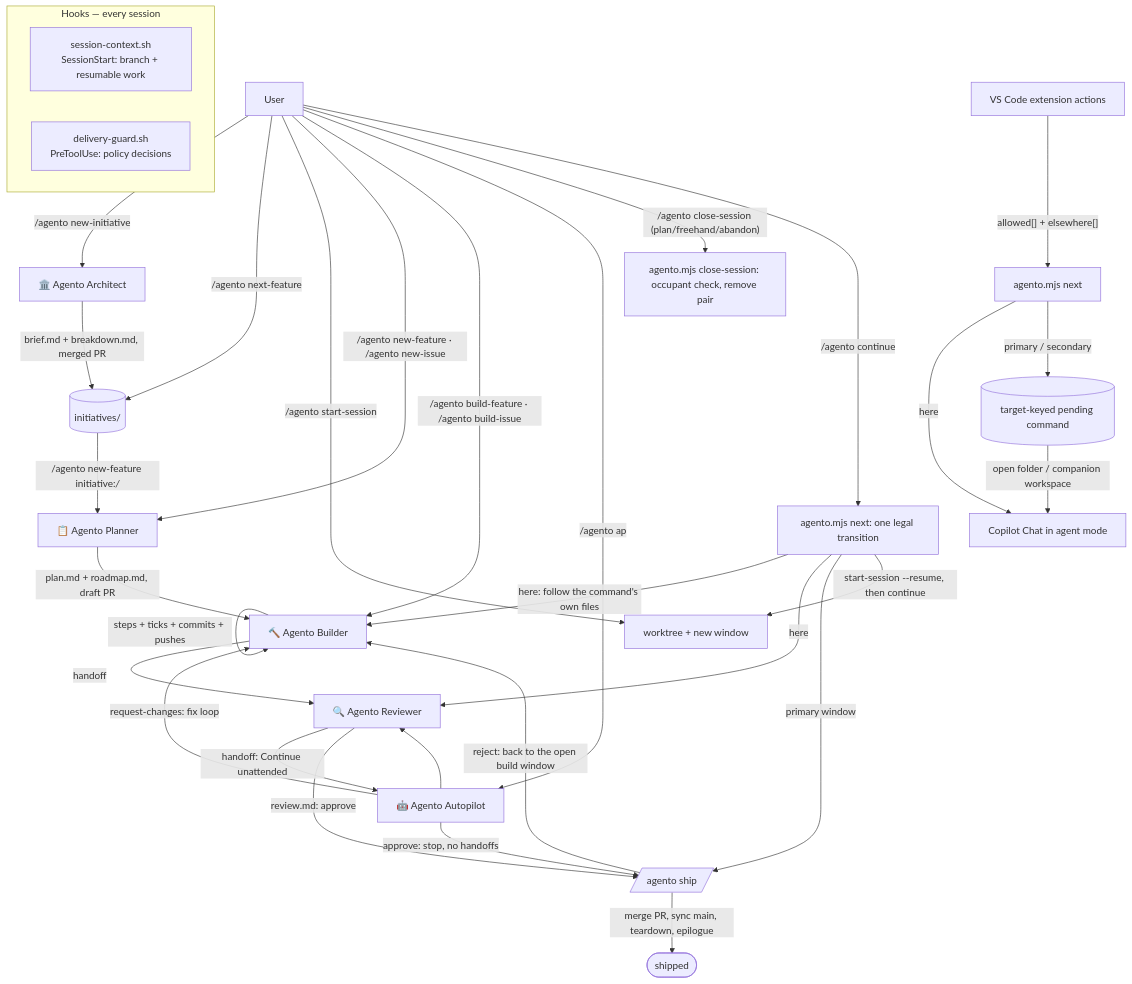
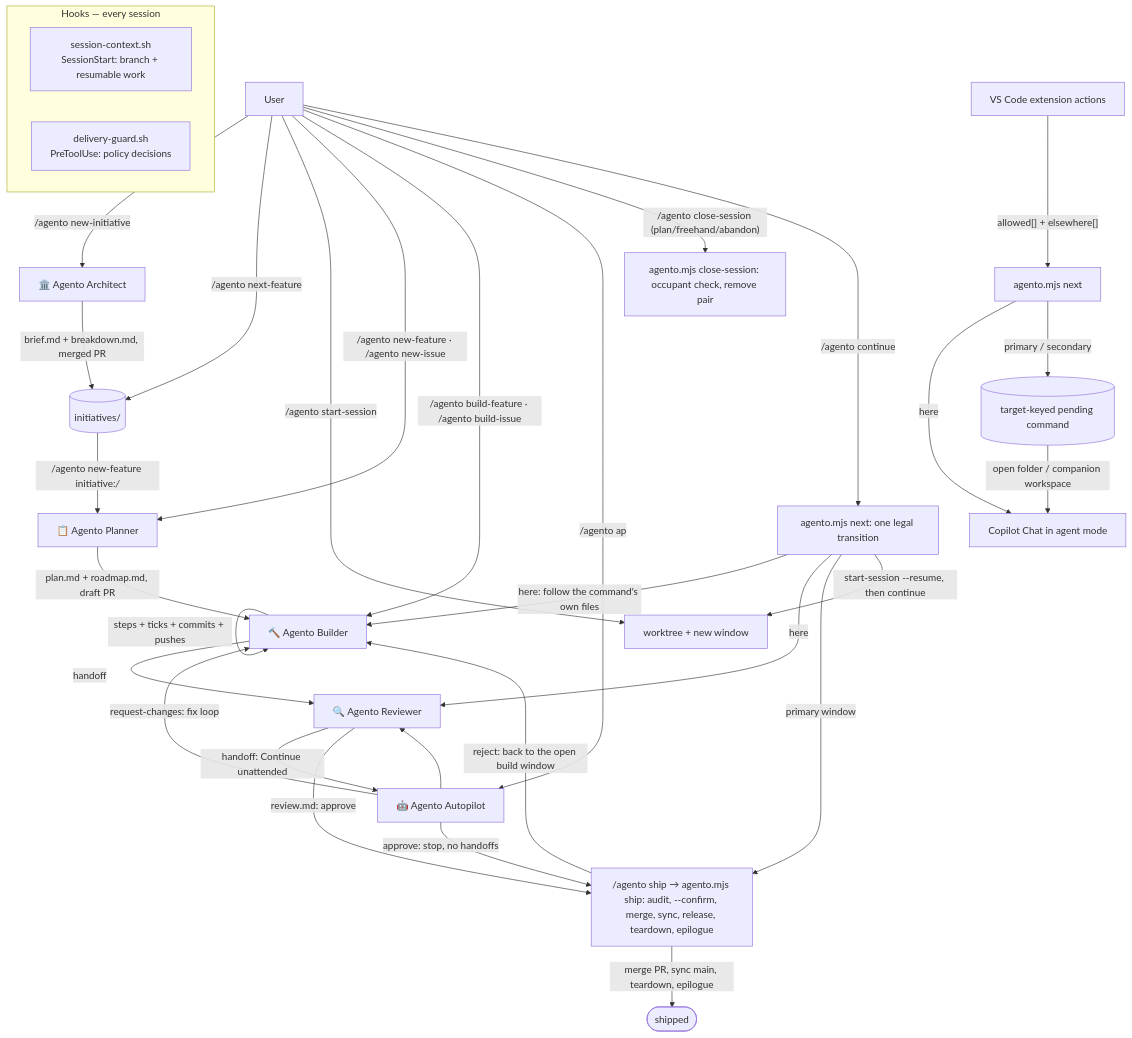
One commit to david-perry-software/agento changed the diagram in docs/architecture.md. Above: the diagram before and after it, drawn with Mermaid. The commit also changed other lines of this file and 2 other files, not shown here.

Commit message:
docs: document agento.mjs ship in commands.md, architecture.md, and the changelog (step 6.1)

````diff
--- a/docs/architecture.md
+++ b/docs/architecture.md
@@ -3,37 +3,37 @@
 ```mermaid
 flowchart TD
     U[User] -->|"/agento new-initiative"| A[🏛️ Agento Architect]
     A -->|"brief.md + breakdown.md, merged PR"| INIT[(initiatives/)]
     U -->|"/agento next-feature"| INIT
     INIT -->|"/agento new-feature initiative:<i>/<f>"| P
     U -->|"/agento start-session"| SS[worktree + new window]
     U -->|"/agento new-feature · /agento new-issue"| P[📋 Agento Planner]
     P -->|plan.md + roadmap.md, draft PR| B
     U -->|"/agento build-feature · /agento build-issue"| B[🔨 Agento Builder]
     B -->|"steps + ticks + commits + pushes"| B
     B -->|handoff| R[🔍 Agento Reviewer]
     R -->|"handoff: Continue unattended"| AP
-    R -->|review.md: approve| SHIP[/agento ship/]
+    R -->|review.md: approve| SHIP["/agento ship → agento.mjs ship: audit, --confirm, merge, sync, release, teardown, epilogue"]
     U -->|"/agento ap"| AP[🤖 Agento Autopilot]
     AP -->|"request-changes: fix loop"| B
     AP --> R
     AP -->|"approve: stop, no handoffs"| SHIP
     SHIP -->|"reject: back to the open build window"| B
     SHIP -->|"merge PR, sync main, teardown, epilogue"| DONE([shipped])
     U -->|"/agento close-session (plan/freehand/abandon)"| CLOSE[agento.mjs close-session: occupant check, remove pair]
     U -->|"/agento continue"| CONT[agento.mjs next: one legal transition]
     CONT -->|"here: follow the command's own files"| B
     CONT -->|"here"| R
     CONT -->|"primary window"| SHIP
     CONT -->|"start-session --resume, then continue"| SS
 
     EXT[VS Code extension actions] -->|"allowed[] + elsewhere[]"| NEXT[agento.mjs next]
     NEXT -->|"here"| CHAT[Copilot Chat in agent mode]
     NEXT -->|"primary / secondary"| PENDING[(target-keyed pending command)]
     PENDING -->|"open folder / companion workspace"| CHAT
 
     subgraph hooks [Hooks — every session]
         SC[session-context.sh<br/>SessionStart: branch + resumable work]
         DG[delivery-guard.sh<br/>PreToolUse: policy decisions]
     end
 ```
````
